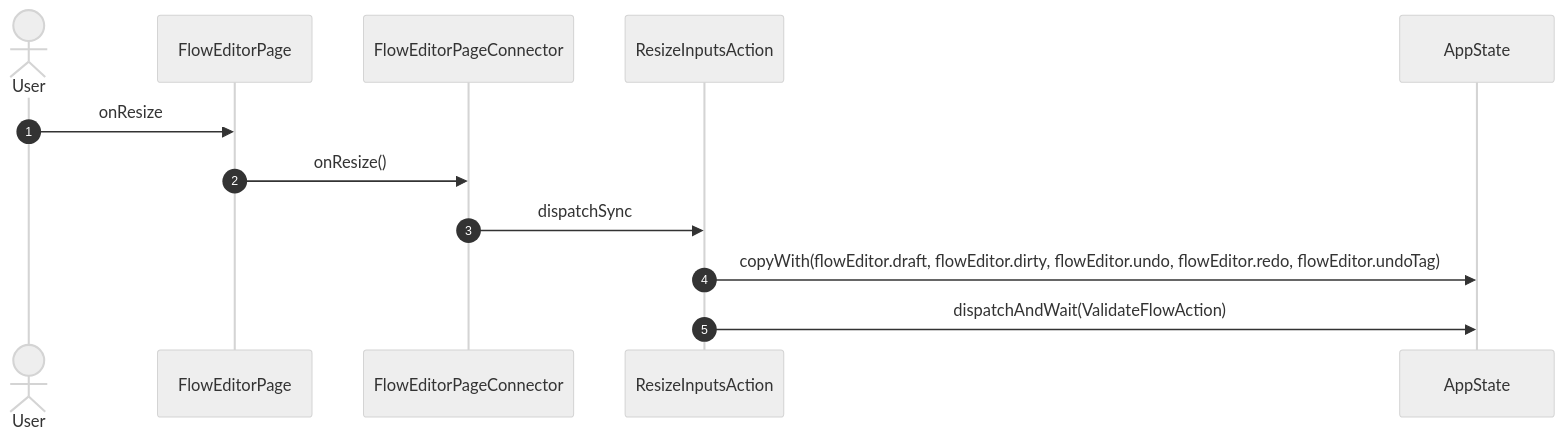
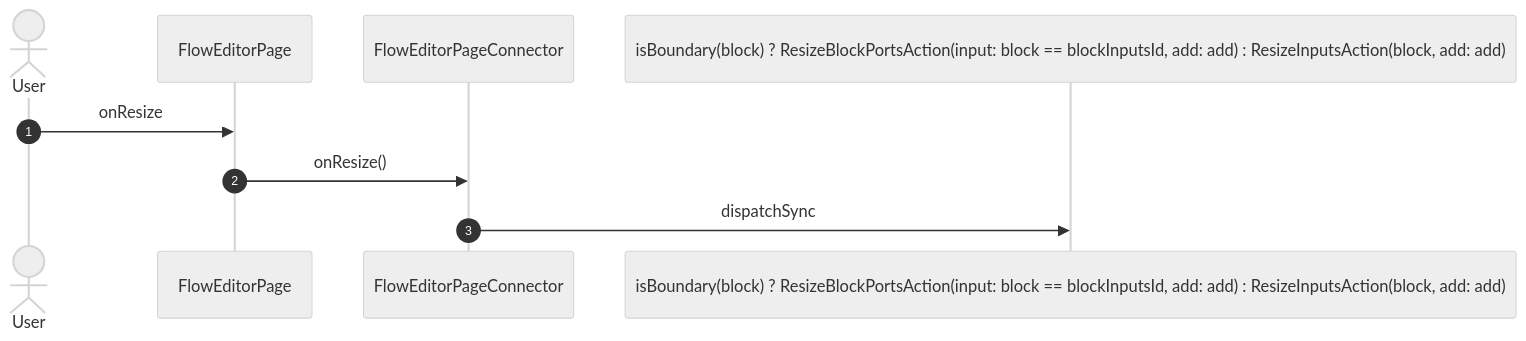
Before and after one commit to gencto/wyrm: diagram 35 of 42 in studio/docs/flows/flowEditor.md, drawn with Mermaid (neutral theme). The commit also changed other lines of this file and 7 other files, not shown here.

First line of the commit message:
studio: wave 2 of the dataflow editor in the app

````diff
--- a/studio/docs/flows/flowEditor.md
+++ b/studio/docs/flows/flowEditor.md
@@ -471,15 +752,12 @@
 ```mermaid
 sequenceDiagram
     autonumber
     actor User
     participant UI as FlowEditorPage
     participant VM as FlowEditorPageConnector
-    participant A1 as ResizeInputsAction
-    participant ST as AppState
+    participant A1 as isBoundary(block) ? ResizeBlockPortsAction(input: block == blockInputsId, add: add) : ResizeInputsAction(block, add: add)
 
     User->>UI: onResize
     UI->>VM: onResize()
     VM->>A1: dispatchSync
-    A1->>ST: copyWith(flowEditor.draft, flowEditor.dirty, flowEditor.undo, flowEditor.redo, flowEditor.undoTag)
-    A1->>ST: dispatchAndWait(ValidateFlowAction)
 ```
````
